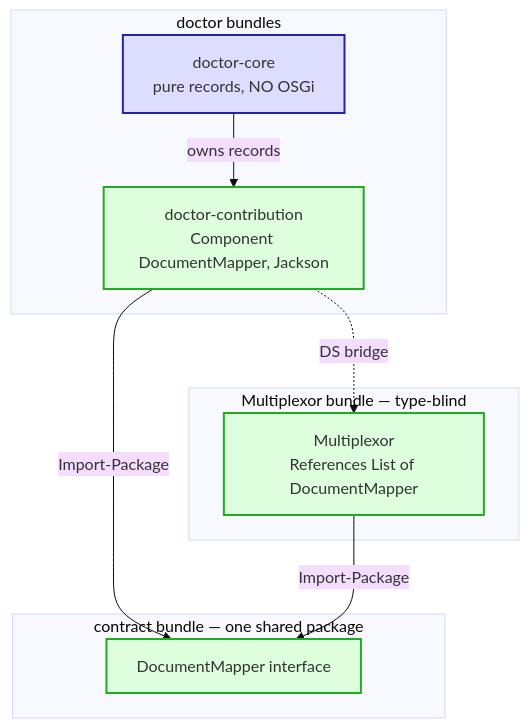
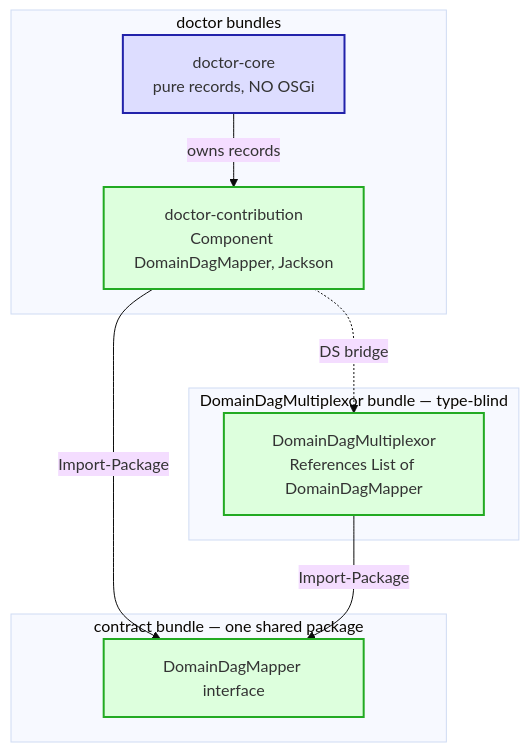
Before and after one commit to nxmatic/rke2lab: the fifth of 6 diagrams in docs/architecture/osgi/multiplexor-spec.adoc, drawn with Mermaid (base theme). The commit also changed other lines of this file and 4 other files, not shown here.

First line of the commit message:
docs(multiplexor): rename to the DomainDag family for crystal-clear roles

```diff
--- a/docs/architecture/osgi/multiplexor-spec.adoc
+++ b/docs/architecture/osgi/multiplexor-spec.adoc
@@ -167,22 +167,22 @@
 [mermaid]
 ....
 flowchart TB
   subgraph "contract bundle — one shared package"
-    iface["DocumentMapper interface"]
+    iface["DomainDagMapper interface"]
   end
   subgraph "doctor bundles"
     dcore["doctor-core<br/>pure records, NO OSGi"]
-    dcontrib["doctor-contribution<br/>Component DocumentMapper, Jackson"]
+    dcontrib["doctor-contribution<br/>Component DomainDagMapper, Jackson"]
   end
-  subgraph "Multiplexor bundle — type-blind"
-    mux["Multiplexor<br/>References List of DocumentMapper"]
+  subgraph "DomainDagMultiplexor bundle — type-blind"
+    mux["DomainDagMultiplexor<br/>References List of DomainDagMapper"]
   end
   dcore -->|owns records| dcontrib
   dcontrib -->|Import-Package| iface
   dcontrib -.DS bridge.-> mux
   mux -->|Import-Package| iface
   classDef ok fill:#dfd,stroke:#2a2,stroke-width:2px;
   classDef pure fill:#ddf,stroke:#22a,stroke-width:2px;
   class mux,iface,dcontrib ok;
   class dcore pure;
 ....
```
